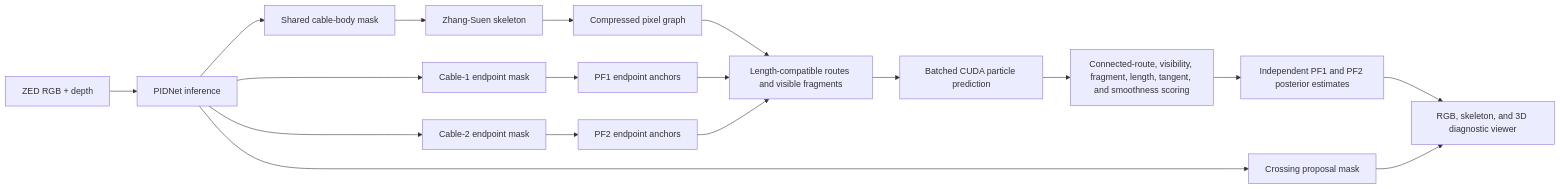
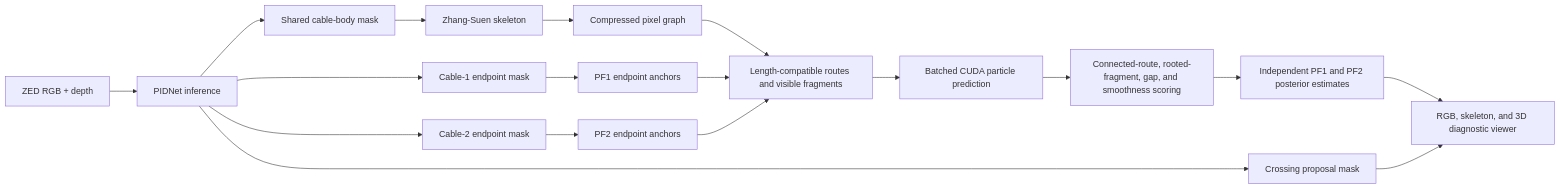
The diagram in PIPELINE.md (TongshuWu1/aerowhip), drawn with Mermaid before and after one commit. The commit also changed other lines of this file and 5 other files, not shown here.

````diff
--- a/PIPELINE.md
+++ b/PIPELINE.md
@@ -31,20 +31,20 @@
 ```mermaid
 flowchart LR
     A["ZED RGB + depth"] --> B["PIDNet inference"]
     B --> C["Shared cable-body mask"]
     B --> D["Cable-1 endpoint mask"]
     B --> E["Cable-2 endpoint mask"]
     B --> F["Crossing proposal mask"]
     C --> G["Zhang-Suen skeleton"]
     G --> H["Compressed pixel graph"]
     D --> I["PF1 endpoint anchors"]
     E --> J["PF2 endpoint anchors"]
     H --> K["Length-compatible routes and visible fragments"]
     I --> K
     J --> K
     K --> L["Batched CUDA particle prediction"]
-    L --> M["Connected-route, visibility, fragment, length, tangent, and smoothness scoring"]
+    L --> M["Connected-route, rooted-fragment, gap, and smoothness scoring"]
     M --> N["Independent PF1 and PF2 posterior estimates"]
     N --> O["RGB, skeleton, and 3D diagnostic viewer"]
     F --> O
 ```
````
